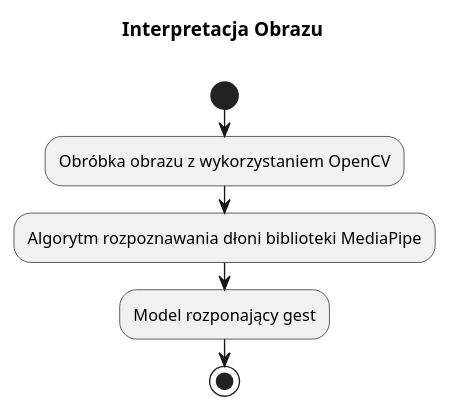
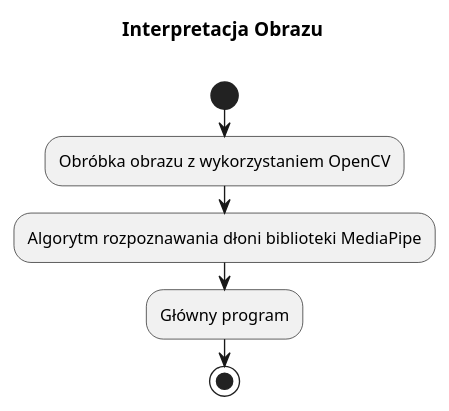
Before and after one commit to szymciem8/OpenLeap: the diagram in Documentation/uml/image_processing.plantuml, drawn with PlantUML. The commit also changed 16 other files, not shown here.

```diff
--- a/Documentation/uml/image_processing.plantuml
+++ b/Documentation/uml/image_processing.plantuml
@@ -1,13 +1,13 @@
 @startuml
 
 title Interpretacja Obrazu\n
 
 start
 
 :Obróbka obrazu z wykorzystaniem OpenCV;
 :Algorytm rozpoznawania dłoni biblioteki MediaPipe;
-:Model rozponający gest;
+:Główny program;
 
 stop
 
 @enduml
```
